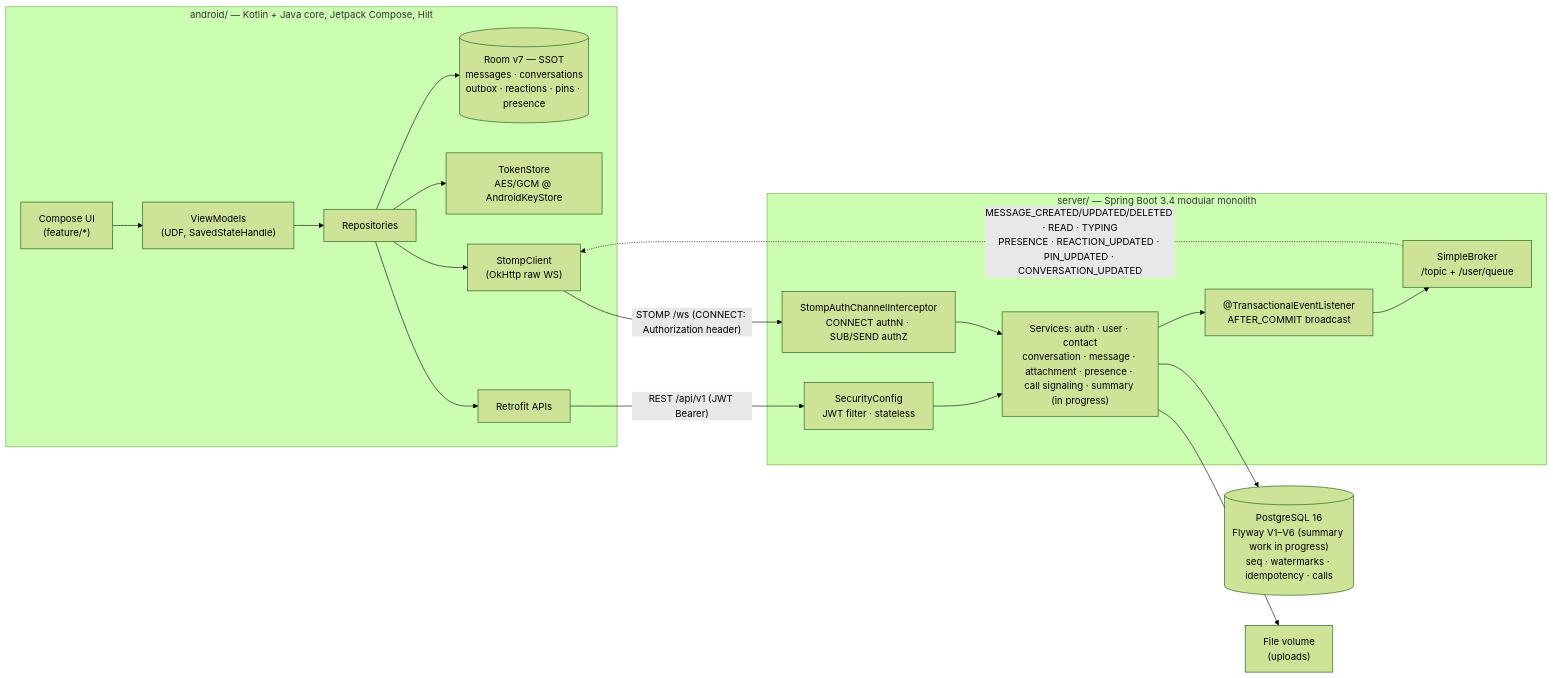
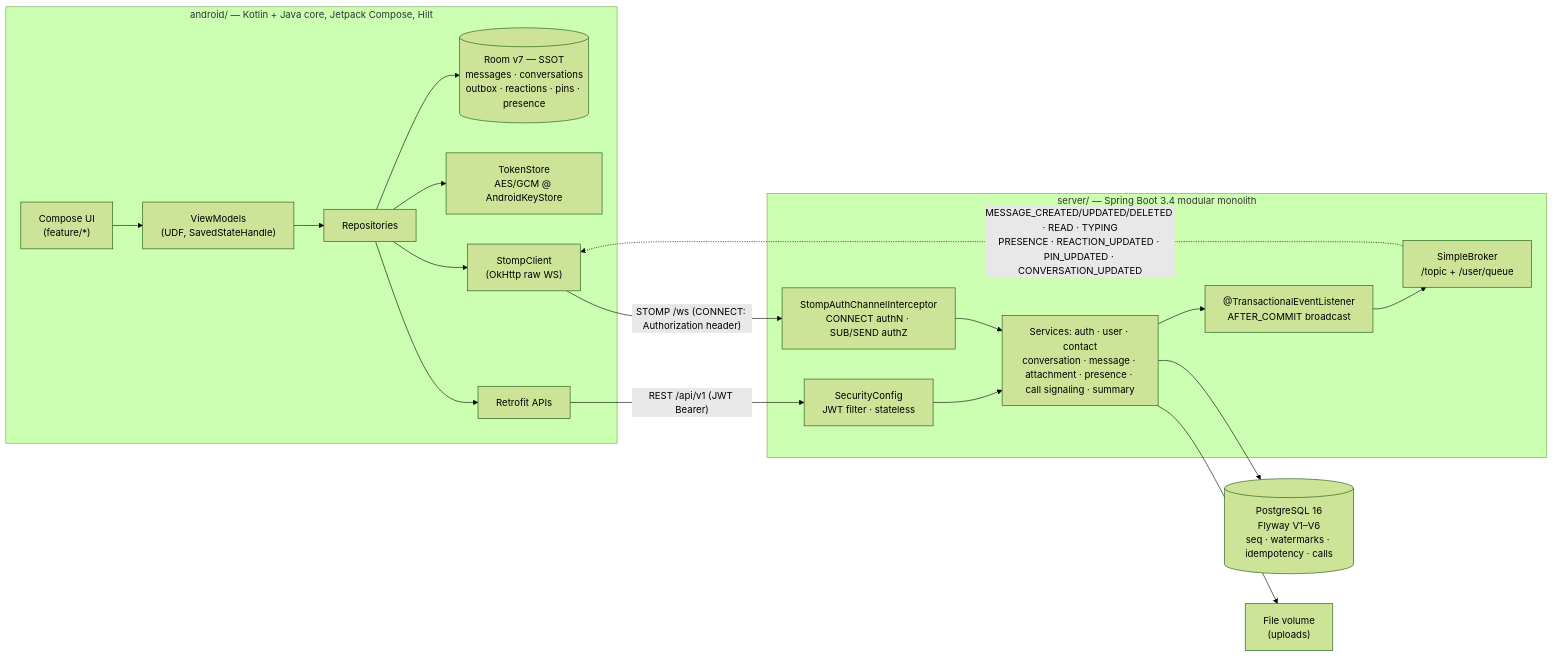
One commit to JasonTM17/Nexachat_AppJ changed the diagram in README.md. Above: the diagram before and after it, drawn with Mermaid (forest theme). The commit also changed other lines of this file and 15 other files, not shown here.

````diff
--- a/README.md
+++ b/README.md
@@ -51,29 +53,29 @@
 ```mermaid
 flowchart LR
     subgraph Android["android/ — Kotlin + Java core, Jetpack Compose, Hilt"]
         UI["Compose UI<br/>(feature/*)"] --> VM["ViewModels<br/>(UDF, SavedStateHandle)"]
         VM --> REPO["Repositories"]
         REPO --> ROOM[("Room v7 — SSOT<br/>messages · conversations<br/>outbox · reactions · pins · presence")]
         REPO --> TS["TokenStore<br/>AES/GCM @ AndroidKeyStore"]
         REPO --> ST["StompClient<br/>(OkHttp raw WS)"]
         REPO --> RT["Retrofit APIs"]
     end
 
     subgraph Server["server/ — Spring Boot 3.4 modular monolith"]
         SEC["SecurityConfig<br/>JWT filter · stateless"]
         INT["StompAuthChannelInterceptor<br/>CONNECT authN · SUB/SEND authZ"]
-        SVC["Services: auth · user · contact<br/>conversation · message · attachment · presence · call signaling · summary (in progress)"]
+        SVC["Services: auth · user · contact<br/>conversation · message · attachment · presence · call signaling · summary"]
         EVT["@TransactionalEventListener<br/>AFTER_COMMIT broadcast"]
         BR["SimpleBroker<br/>/topic + /user/queue"]
     end
 
-    DB[("PostgreSQL 16<br/>Flyway V1–V6 (summary work in progress)<br/>seq · watermarks · idempotency · calls")]
+    DB[("PostgreSQL 16<br/>Flyway V1–V6<br/>seq · watermarks · idempotency · calls")]
     FS["File volume<br/>(uploads)"]
 
     RT -- "REST /api/v1 (JWT Bearer)" --> SEC --> SVC
     ST -- "STOMP /ws (CONNECT: Authorization header)" --> INT --> SVC
     SVC --> DB
     SVC --> FS
     SVC --> EVT --> BR
     BR -. "MESSAGE_CREATED/UPDATED/DELETED · READ · TYPING<br/>PRESENCE · REACTION_UPDATED · PIN_UPDATED · CONVERSATION_UPDATED" .-> ST
 ```
````
